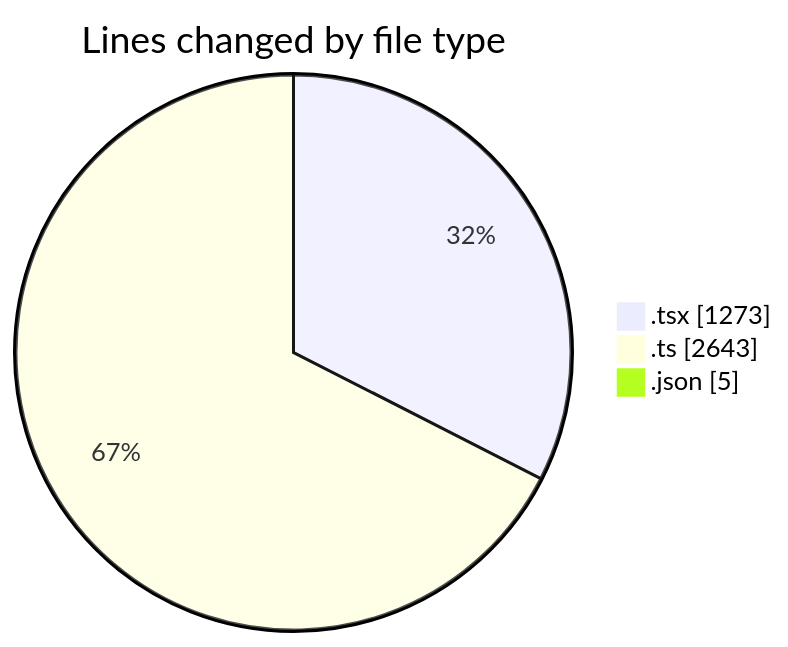
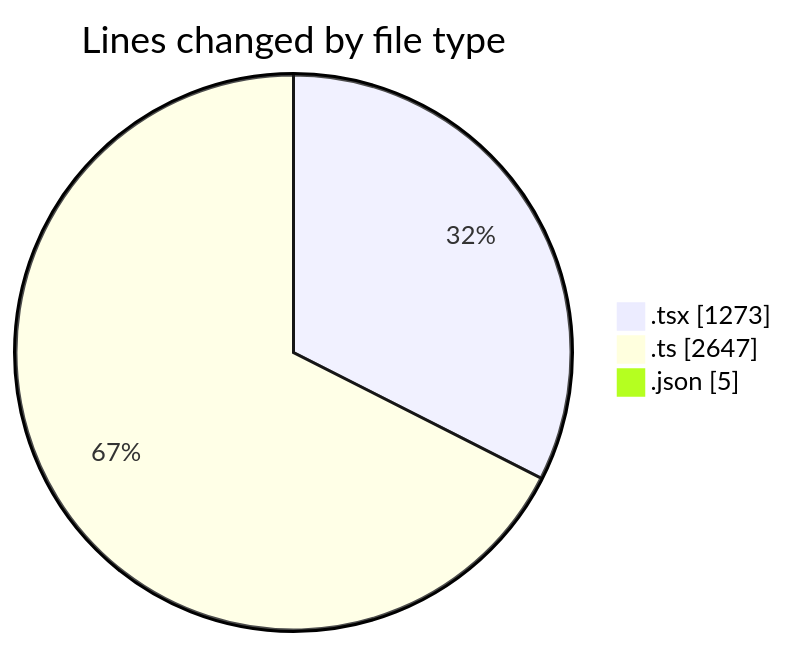
The first of 2 diagrams in 2025-11-23/eventscop-frontend-guide__workspace_/README.md (julien-gomy/code-tracking), drawn with Mermaid before and after one commit. The commit also changed other lines of this file and 1 other file, not shown here.

````diff
--- a/2025-11-23/eventscop-frontend-guide__workspace_/README.md
+++ b/2025-11-23/eventscop-frontend-guide__workspace_/README.md
@@ -50,7 +50,7 @@
 ```mermaid
 pie showData
 title Lines changed by file type
 ".tsx" : 1273
-".ts" : 2643
+".ts" : 2647
 ".json" : 5
 ```
````
